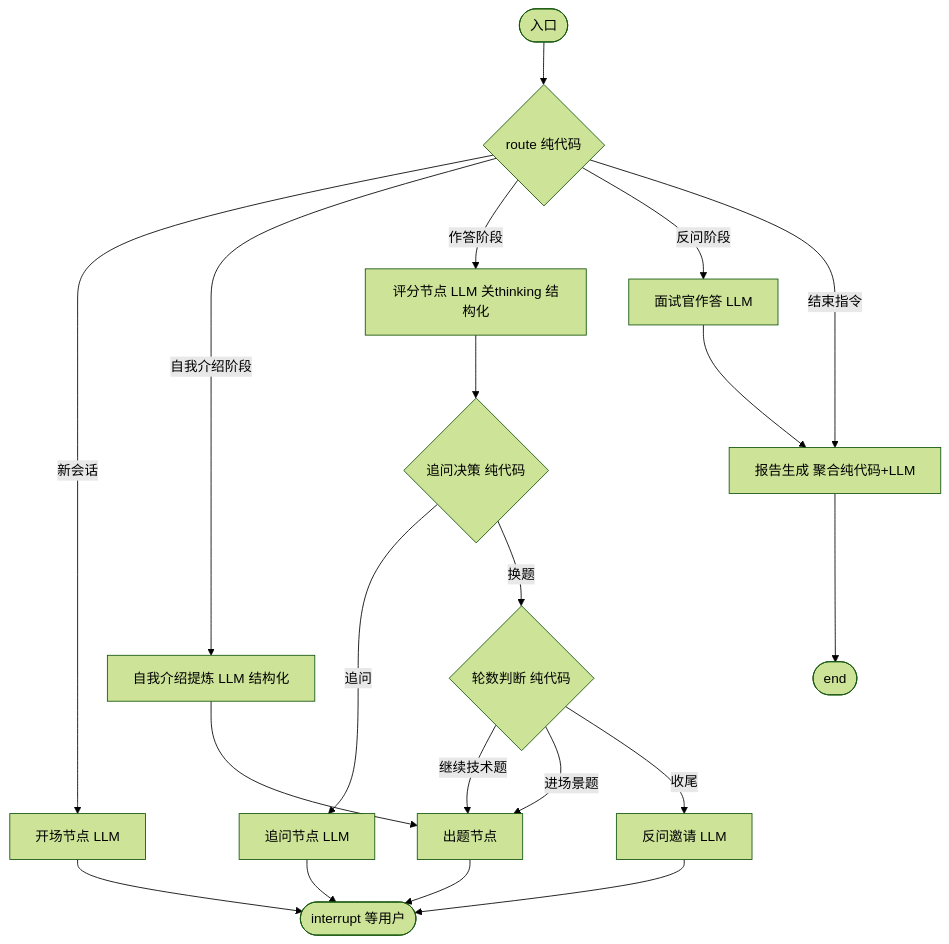
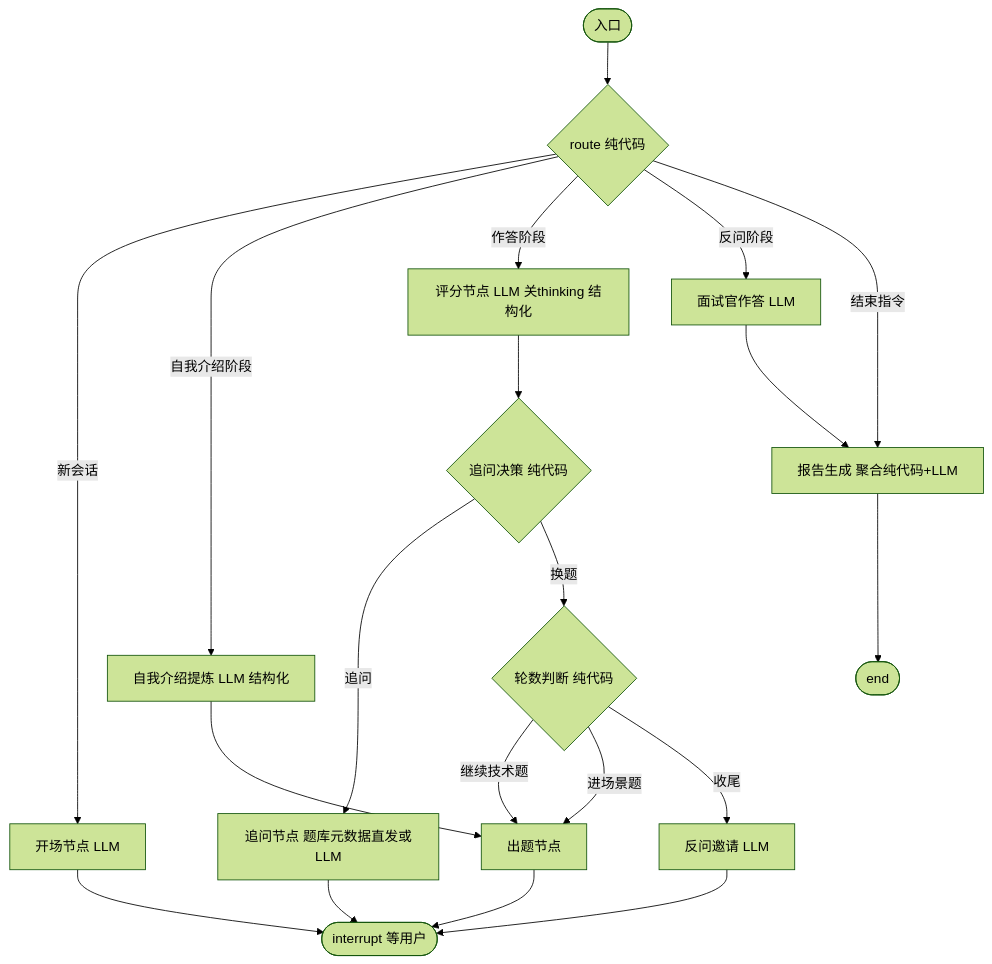
One commit to Q-77-i/Marda changed the diagram in docs/SPEC.md. Above: the diagram before and after it, drawn with Mermaid (forest theme). The commit also changed other lines of this file and 14 other files, not shown here.

````diff
--- a/docs/SPEC.md
+++ b/docs/SPEC.md
@@ -112,17 +112,17 @@
 ```mermaid
 flowchart TD
     S([入口]) --> ROUTE{route 纯代码}
     ROUTE -- 新会话 --> INTRO[开场节点 LLM] --> INTERRUPT([interrupt 等用户])
     ROUTE -- 自我介绍阶段 --> PROFILE[自我介绍提炼 LLM 结构化] --> ASK[出题节点]
     ROUTE -- 作答阶段 --> JUDGE[评分节点 LLM 关thinking 结构化]
     JUDGE --> FD{追问决策 纯代码}
-    FD -- 追问 --> FU[追问节点 LLM] --> INTERRUPT
+    FD -- 追问 --> FU[追问节点 题库元数据直发或LLM] --> INTERRUPT
     FD -- 换题 --> ADV{轮数判断 纯代码}
     ADV -- 继续技术题 --> ASK
     ADV -- 进场景题 --> ASK
     ADV -- 收尾 --> CLOSING[反问邀请 LLM] --> INTERRUPT
     ROUTE -- 反问阶段 --> CANS[面试官作答 LLM] --> REPORT[报告生成 聚合纯代码+LLM]
     ROUTE -- 结束指令 --> REPORT
     ASK --> INTERRUPT
     REPORT --> E([end])
 ```
````
